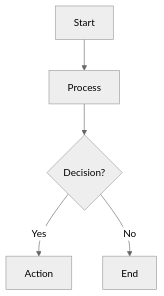
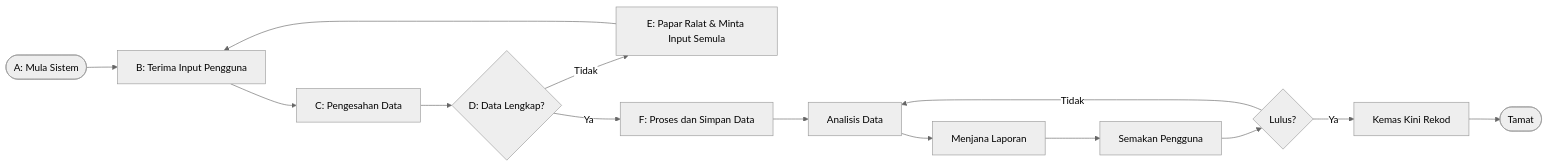
Before and after one commit to drshahizan/learn-github: the diagram in latihan/id/a219577-spec/readme.md, drawn with Mermaid (neutral theme).

Commit message:
Update flowchart in readme.md with new diagram

````diff
--- a/latihan/id/a219577-spec/readme.md
+++ b/latihan/id/a219577-spec/readme.md
@@ -13,7 +13,22 @@
- ```mermaid
-flowchart TD
-    A[Start] --> B[Process]
-    B --> C{Decision?}
-    C -->|Yes| D[Action]
-    C -->|No| E[End]
+```mermaid
+flowchart LR
+    A([A: Mula Sistem])
+    B[B: Terima Input Pengguna]
+    C[C: Pengesahan Data]
+    D{D: Data Lengkap?}
+    E[E: Papar Ralat & Minta Input Semula]
+    F[F: Proses dan Simpan Data]
+
+    G[Analisis Data]
+    H[Menjana Laporan]
+    I[Semakan Pengguna]
+    J{Lulus?}
+    K[Kemas Kini Rekod]
+    L([Tamat])
+
+    A --> B --> C --> D
+    D -->|Tidak| E --> B
+    D -->|Ya| F --> G --> H --> I --> J
+    J -->|Ya| K --> L
+    J -->|Tidak| G
 ```
````
